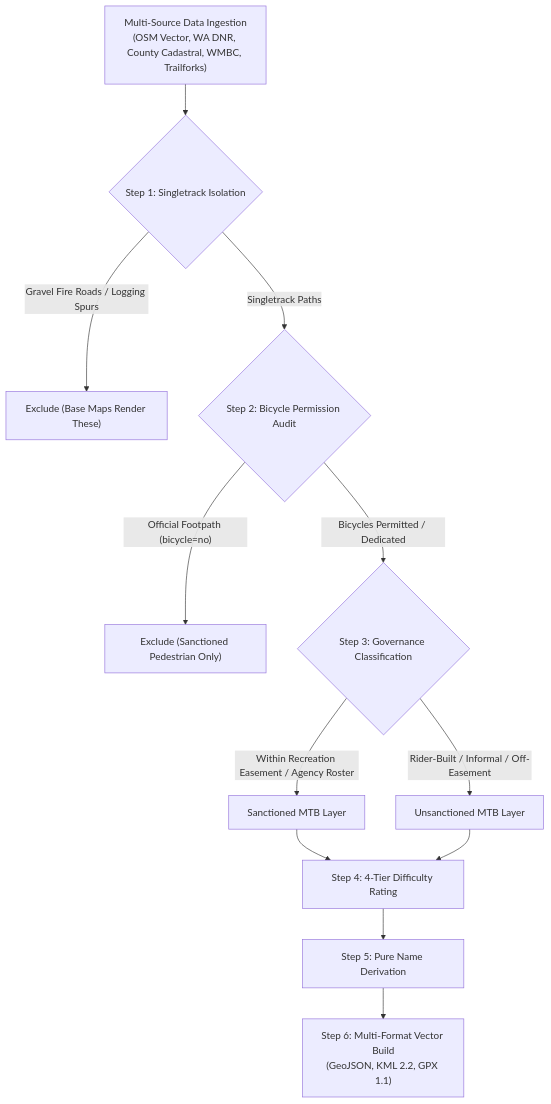
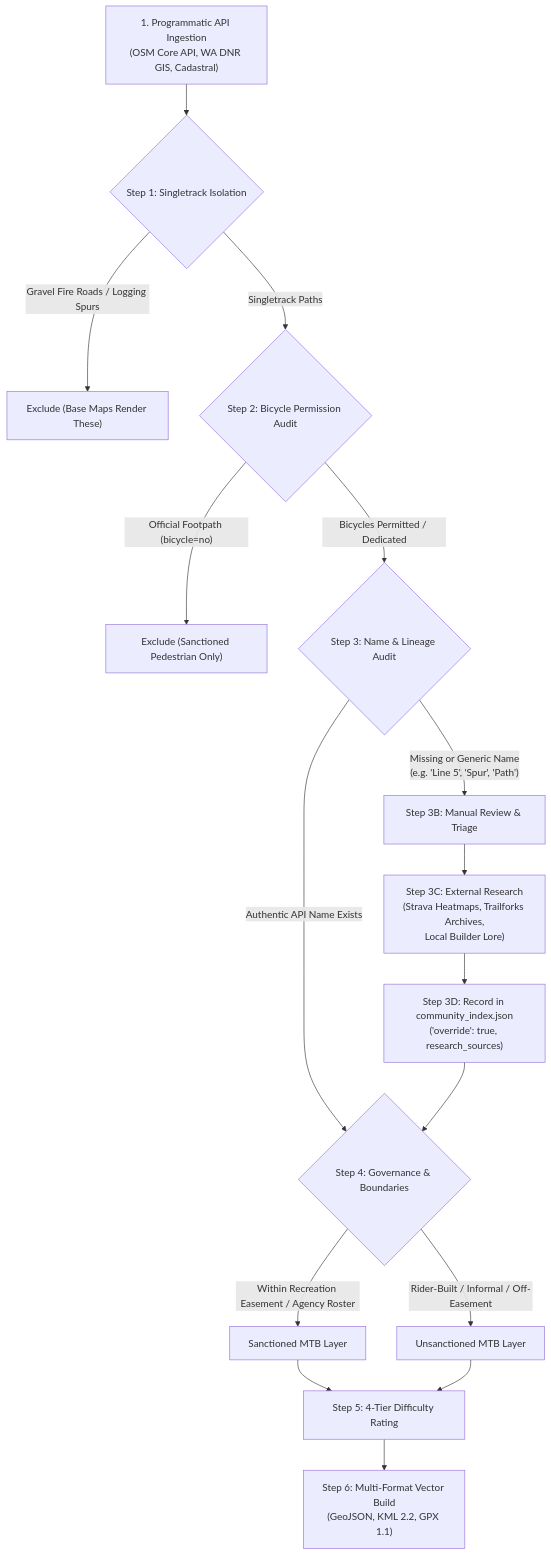
One commit to sudohackfu/pnw-mtb-trails changed the diagram in README.md. Above: the diagram before and after it, drawn with Mermaid. The commit also changed other lines of this file and 37 other files, not shown here.

First line of the commit message:
Implement Programmatic-First with Community-Index Override architecture across all networks

````diff
--- a/README.md
+++ b/README.md
@@ -11,14 +11,22 @@
 ```mermaid
 flowchart TD
-    RawData["Multi-Source Data Ingestion<br>(OSM Vector, WA DNR, County Cadastral, WMBC, Trailforks)"] --> FilterRoads{"Step 1: Singletrack Isolation"}
+    API["1. Programmatic API Ingestion<br>(OSM Core API, WA DNR GIS, Cadastral)"] --> FilterRoads{"Step 1: Singletrack Isolation"}
     FilterRoads -- "Gravel Fire Roads / Logging Spurs" --> DropRoads["Exclude (Base Maps Render These)"]
     FilterRoads -- "Singletrack Paths" --> FilterBikes{"Step 2: Bicycle Permission Audit"}
     FilterBikes -- "Official Footpath (bicycle=no)" --> DropHike["Exclude (Sanctioned Pedestrian Only)"]
-    FilterBikes -- "Bicycles Permitted / Dedicated" --> Classify{"Step 3: Governance Classification"}
-    Classify -- "Within Recreation Easement / Agency Roster" --> Sanctioned["Sanctioned MTB Layer"]
-    Classify -- "Rider-Built / Informal / Off-Easement" --> Unsanctioned["Unsanctioned MTB Layer"]
-    Sanctioned --> Rating["Step 4: 4-Tier Difficulty Rating"]
+    FilterBikes -- "Bicycles Permitted / Dedicated" --> NameAudit{"Step 3: Name & Lineage Audit"}
+    
+    NameAudit -- "Authentic API Name Exists" --> CheckGov{"Step 4: Governance & Boundaries"}
+    NameAudit -- "Missing or Generic Name<br>(e.g. 'Line 5', 'Spur', 'Path')" --> Review["Step 3B: Manual Review & Triage"]
+    
+    Review --> Research["Step 3C: External Research<br>(Strava Heatmaps, Trailforks Archives,<br>Local Builder Lore)"]
+    Research --> Index["Step 3D: Record in community_index.json<br>('override': true, research_sources)"]
+    Index --> CheckGov
+    
+    CheckGov -- "Within Recreation Easement / Agency Roster" --> Sanctioned["Sanctioned MTB Layer"]
+    CheckGov -- "Rider-Built / Informal / Off-Easement" --> Unsanctioned["Unsanctioned MTB Layer"]
+    
+    Sanctioned --> Rating["Step 5: 4-Tier Difficulty Rating"]
     Unsanctioned --> Rating
-    Rating --> Naming["Step 5: Pure Name Derivation"]
-    Naming --> Output["Step 6: Multi-Format Vector Build<br>(GeoJSON, KML 2.2, GPX 1.1)"]
+    Rating --> Output["Step 6: Multi-Format Vector Build<br>(GeoJSON, KML 2.2, GPX 1.1)"]
 ```
````
